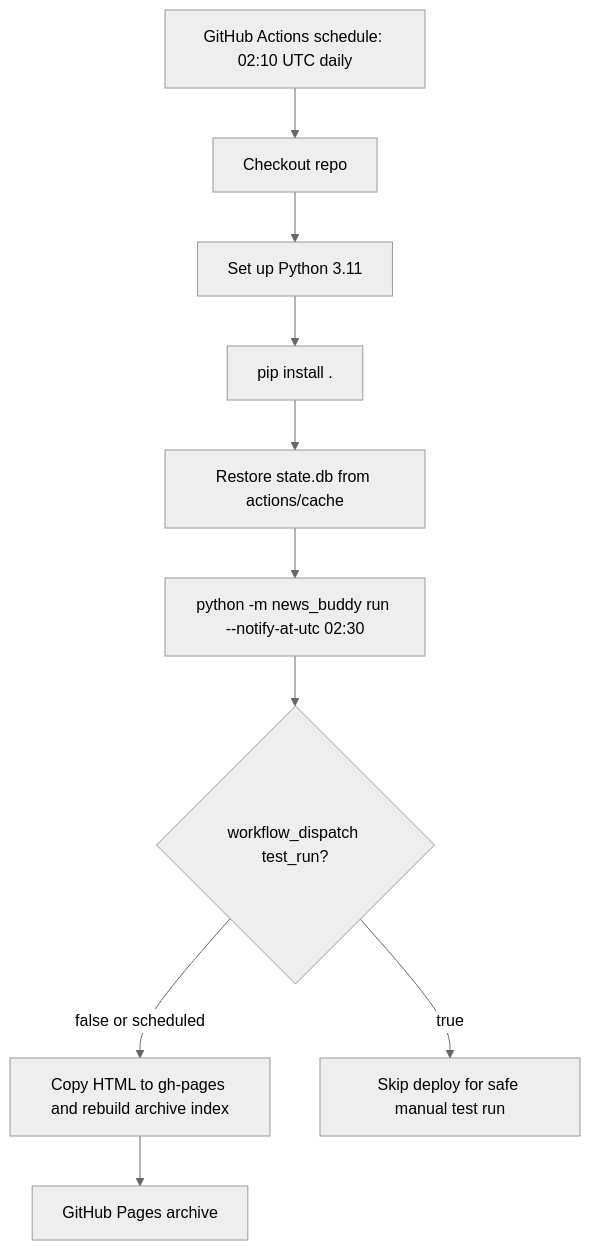
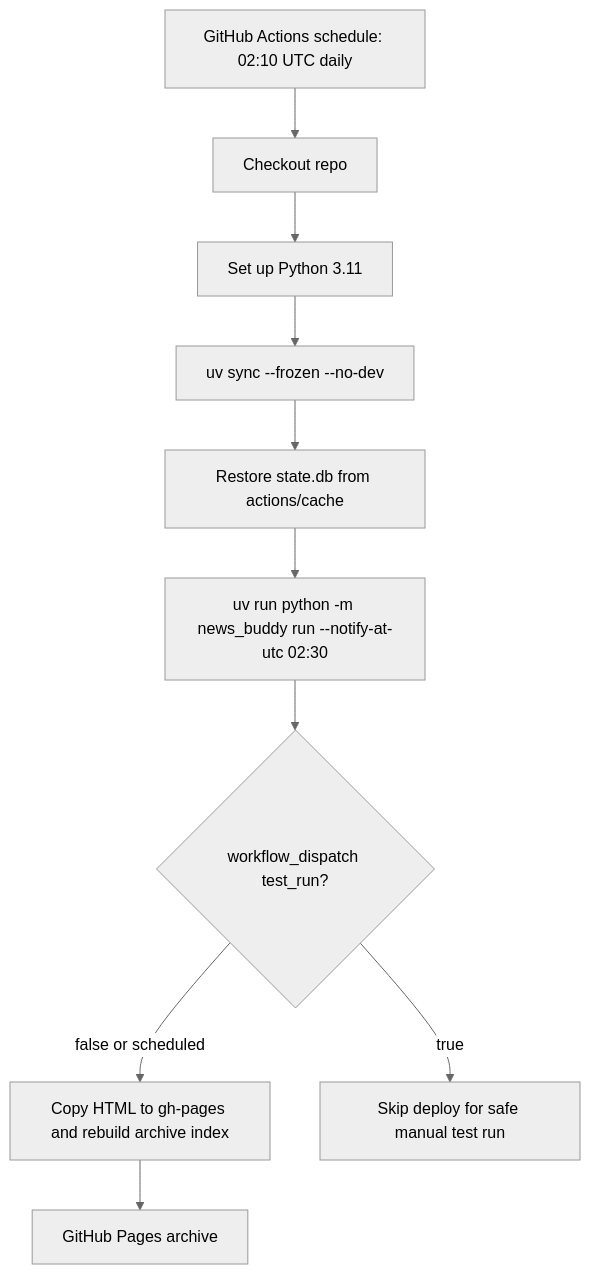
Before and after one commit to Harshagarwal06/buddy_agent: the third of 4 diagrams in DIAGRAM.md, drawn with Mermaid (neutral theme). The commit also changed other lines of this file and 13 other files, not shown here.

````diff
--- a/DIAGRAM.md
+++ b/DIAGRAM.md
@@ -58,17 +58,17 @@
 ```mermaid
 flowchart TD
     CRON["GitHub Actions schedule: 02:10 UTC daily"]
     CHECKOUT["Checkout repo"]
     PY["Set up Python 3.11"]
-    INSTALL["pip install ."]
+    INSTALL["uv sync --frozen --no-dev"]
     CACHE["Restore state.db from actions/cache"]
-    RUN["python -m news_buddy run --notify-at-utc 02:30"]
+    RUN["uv run python -m news_buddy run --notify-at-utc 02:30"]
     TEST{"workflow_dispatch test_run?"}
     DEPLOY["Copy HTML to gh-pages and rebuild archive index"]
     SKIP["Skip deploy for safe manual test run"]
     PAGES["GitHub Pages archive"]
 
     CRON --> CHECKOUT --> PY --> INSTALL --> CACHE --> RUN --> TEST
     TEST -- "false or scheduled" --> DEPLOY --> PAGES
     TEST -- "true" --> SKIP
 ```
````
